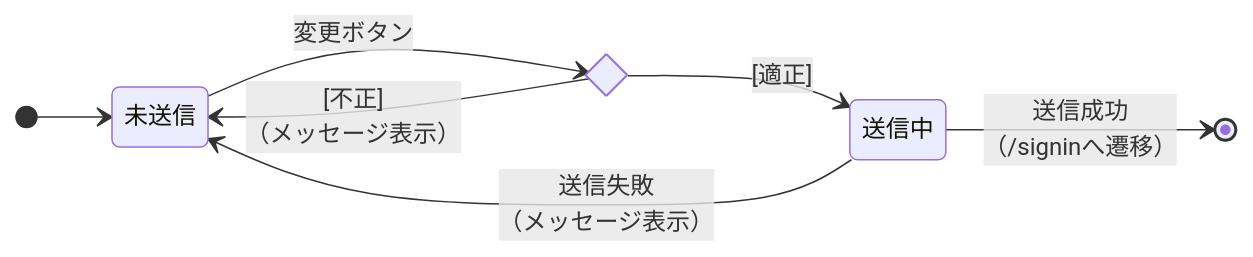
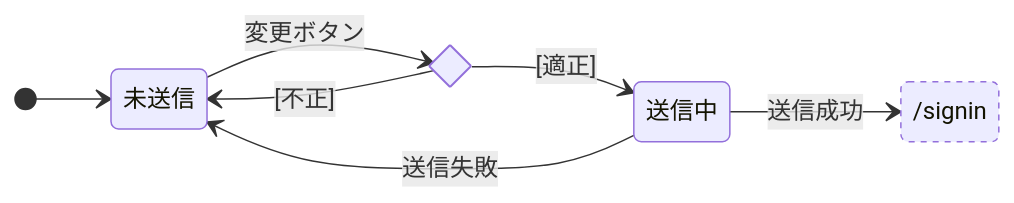
One commit to yukiyamasaki6/aims changed the tenth of 10 diagrams in docs/screen-state.md. Above: the diagram before and after it, drawn with Mermaid. The commit also changed other lines of this file, not shown here.

First line of the commit message:
docs: screen-state.mdの状態遷移図の表記を整理する (#355)

````diff
--- a/docs/screen-state.md
+++ b/docs/screen-state.md
@@ -264,13 +302,18 @@
 ```mermaid
 stateDiagram-v2
     direction LR
+    state "/signin" as SignIn
+
     [*] --> 未送信
 
     state c1 <<choice>>
     未送信 --> c1: 変更ボタン
     c1 --> 送信中: [適正]
-    c1 --> 未送信: [不正]<br/>（メッセージ表示）
+    c1 --> 未送信: [不正]
 
-    送信中 --> 未送信: 送信失敗<br/>（メッセージ表示）
-    送信中 --> [*]: 送信成功<br/>（/signinへ遷移）
+    送信中 --> 未送信: 送信失敗
+    送信中 --> SignIn: 送信成功
+
+    classDef external stroke-dasharray: 4 4
+    class SignIn external
 ```
````
